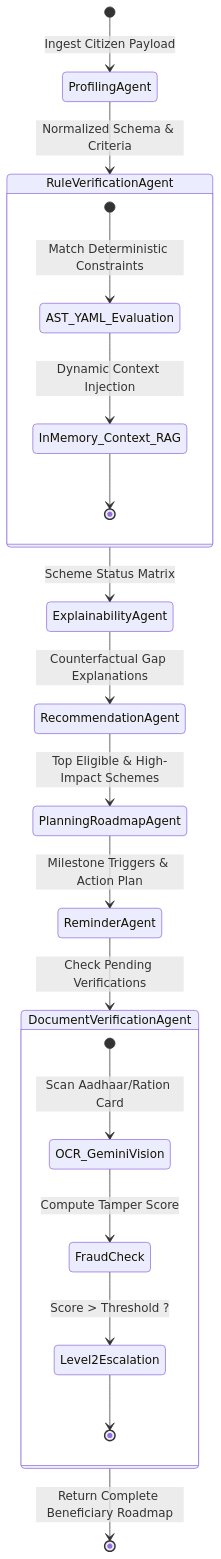
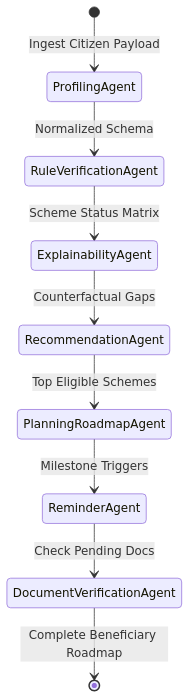
The second of 3 diagrams in README.md (suppa-droid/aayu-ai), drawn with Mermaid before and after one commit. The commit also changed other lines of this file, not shown here.

````diff
--- a/README.md
+++ b/README.md
@@ -138,26 +151,11 @@
 ```mermaid
 stateDiagram-v2
     [*] --> ProfilingAgent: Ingest Citizen Payload
-    ProfilingAgent --> RuleVerificationAgent: Normalized Schema & Criteria
-    
-    state RuleVerificationAgent {
-        [*] --> AST_YAML_Evaluation: Match Deterministic Constraints
-        AST_YAML_Evaluation --> InMemory_Context_RAG: Dynamic Context Injection
-        InMemory_Context_RAG --> [*]
-    }
-    
+    ProfilingAgent --> RuleVerificationAgent: Normalized Schema
     RuleVerificationAgent --> ExplainabilityAgent: Scheme Status Matrix
-    ExplainabilityAgent --> RecommendationAgent: Counterfactual Gap Explanations
-    RecommendationAgent --> PlanningRoadmapAgent: Top Eligible & High-Impact Schemes
-    PlanningRoadmapAgent --> ReminderAgent: Milestone Triggers & Action Plan
-    ReminderAgent --> DocumentVerificationAgent: Check Pending Verifications
-    
-    state DocumentVerificationAgent {
-        [*] --> OCR_GeminiVision: Scan Aadhaar/Ration Card
-        OCR_GeminiVision --> FraudCheck: Compute Tamper Score
-        FraudCheck --> Level2Escalation: Score > Threshold ?
-        Level2Escalation --> [*]
-    }
-    
-    DocumentVerificationAgent --> [*]: Return Complete Beneficiary Roadmap
+    ExplainabilityAgent --> RecommendationAgent: Counterfactual Gaps
+    RecommendationAgent --> PlanningRoadmapAgent: Top Eligible Schemes
+    PlanningRoadmapAgent --> ReminderAgent: Milestone Triggers
+    ReminderAgent --> DocumentVerificationAgent: Check Pending Docs
+    DocumentVerificationAgent --> [*]: Complete Beneficiary Roadmap
 ```
````
